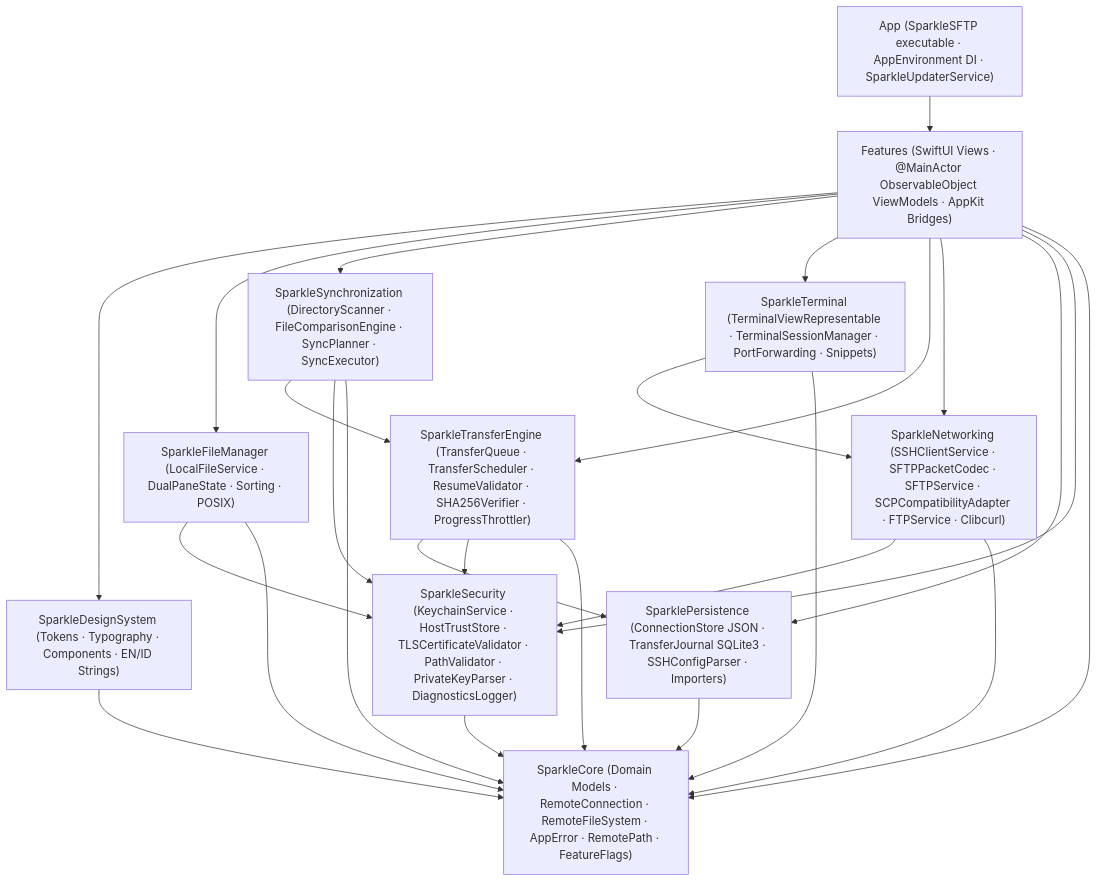
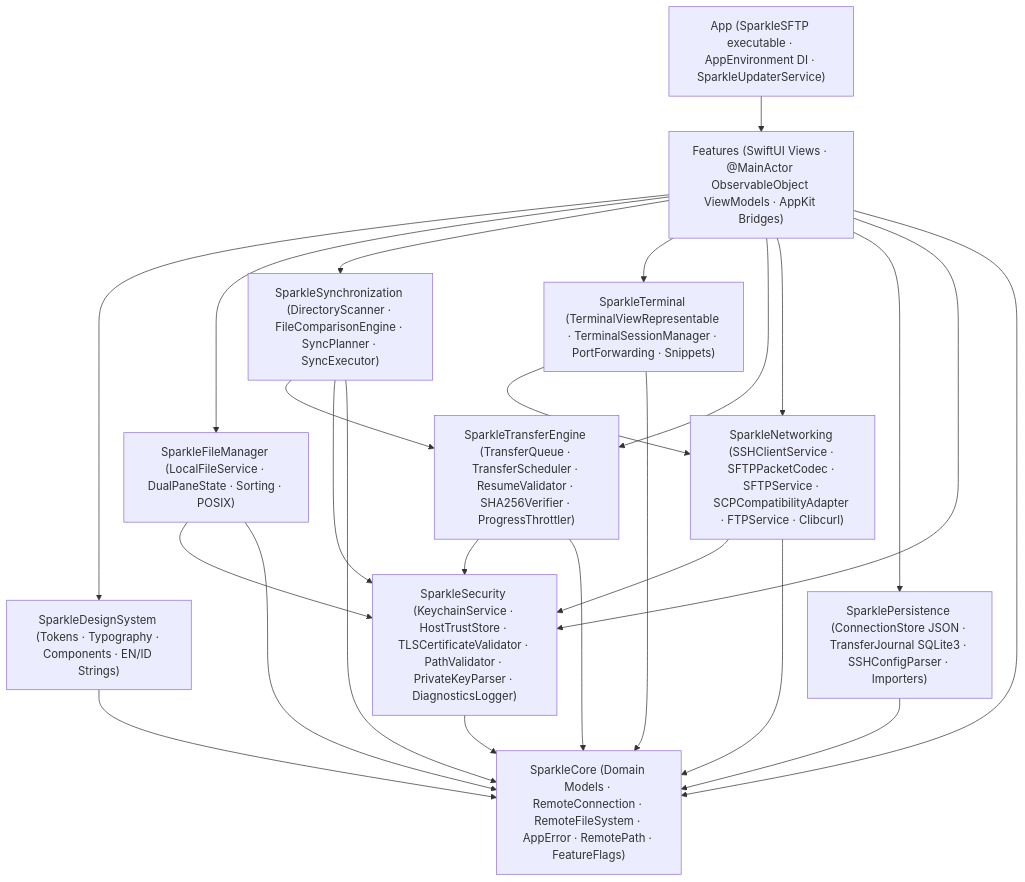
One commit to alsyundawy/SparkleSFTP changed the diagram in docs/TECHNICAL_SPECIFICATION.md. Above: the diagram before and after it, drawn with Mermaid. The commit also changed 77 other files, not shown here.

````diff
--- a/docs/TECHNICAL_SPECIFICATION.md
+++ b/docs/TECHNICAL_SPECIFICATION.md
@@ -14,41 +14,40 @@
 ```mermaid
 flowchart TD
     APP["App (SparkleSFTP executable · AppEnvironment DI · SparkleUpdaterService)"]
     FEAT["Features (SwiftUI Views · @MainActor ObservableObject ViewModels · AppKit Bridges)"]
     DS["SparkleDesignSystem (Tokens · Typography · Components · EN/ID Strings)"]
     FM["SparkleFileManager (LocalFileService · DualPaneState · Sorting · POSIX)"]
     SYNC["SparkleSynchronization (DirectoryScanner · FileComparisonEngine · SyncPlanner · SyncExecutor)"]
     TERM["SparkleTerminal (TerminalViewRepresentable · TerminalSessionManager · PortForwarding · Snippets)"]
     TE["SparkleTransferEngine (TransferQueue · TransferScheduler · ResumeValidator · SHA256Verifier · ProgressThrottler)"]
     NET["SparkleNetworking (SSHClientService · SFTPPacketCodec · SFTPService · SCPCompatibilityAdapter · FTPService · Clibcurl)"]
     PERS["SparklePersistence (ConnectionStore JSON · TransferJournal SQLite3 · SSHConfigParser · Importers)"]
     SEC["SparkleSecurity (KeychainService · HostTrustStore · TLSCertificateValidator · PathValidator · PrivateKeyParser · DiagnosticsLogger)"]
     CORE["SparkleCore (Domain Models · RemoteConnection · RemoteFileSystem · AppError · RemotePath · FeatureFlags)"]
 
     APP --> FEAT
     FEAT --> DS
     FEAT --> FM
     FEAT --> SYNC
     FEAT --> TERM
     FEAT --> TE
     FEAT --> NET
     FEAT --> PERS
     FEAT --> SEC
     FEAT --> CORE
 
     FM --> SEC
     FM --> CORE
     SYNC --> TE
     SYNC --> SEC
     SYNC --> CORE
     TERM --> NET
     TERM --> CORE
-    TE --> PERS
     TE --> SEC
     TE --> CORE
     NET --> SEC
     NET --> CORE
     PERS --> CORE
     SEC --> CORE
     DS --> CORE
 ```
````
